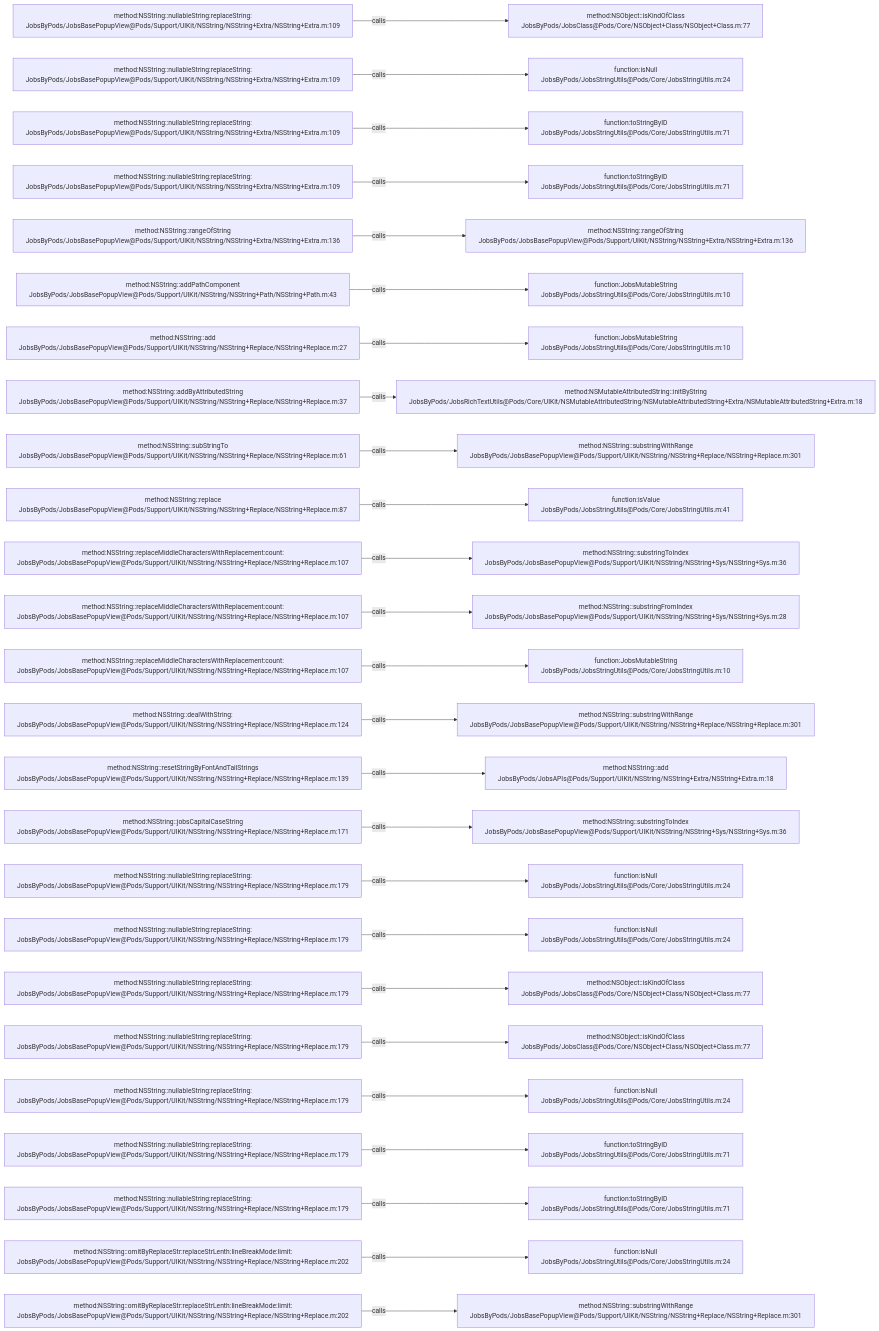
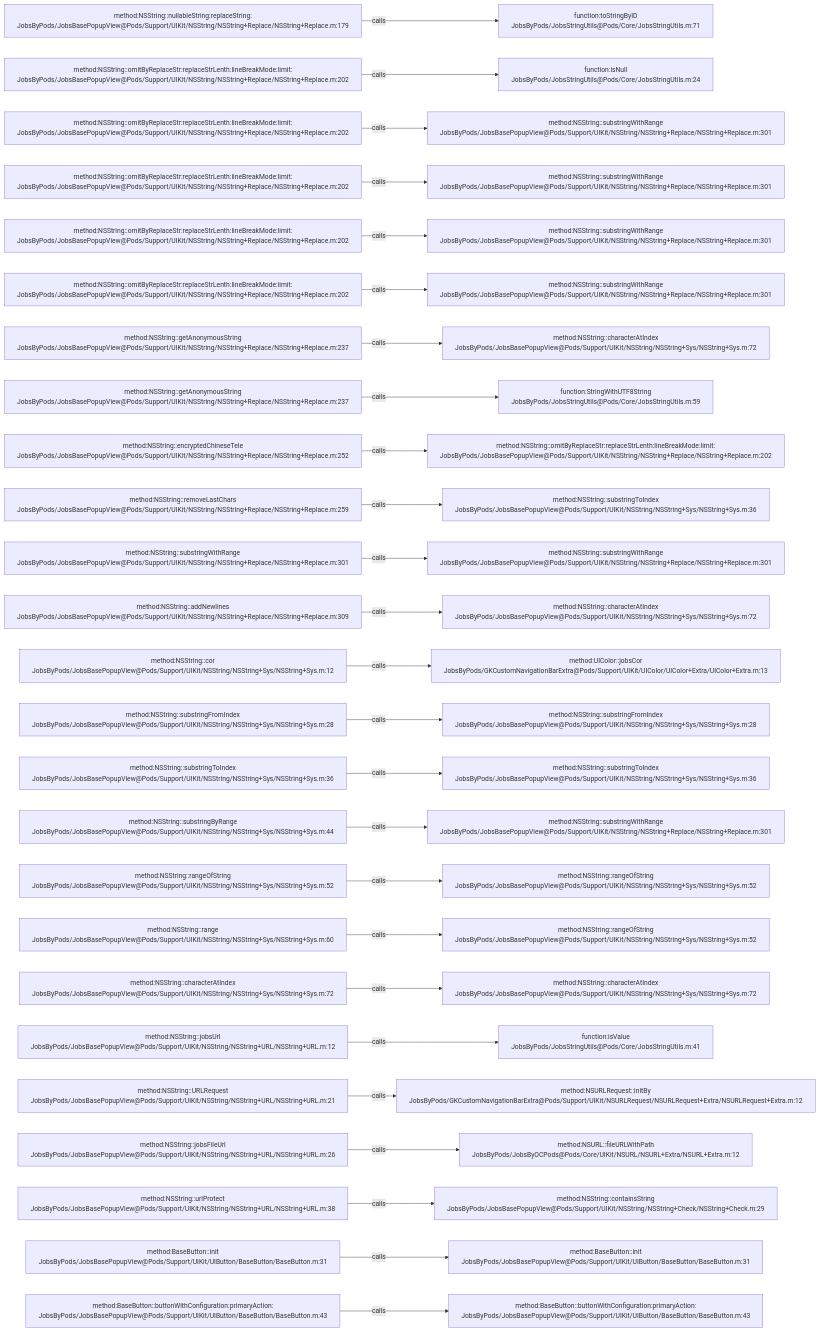
Before and after one commit to JobsKits/JobsOCBaseConfigDemo: the diagram in .codegraph/codegraph.md/graphs/calls-021.md, drawn with Mermaid. The commit also changed 639 other files, not shown here.

````diff
--- a/.codegraph/codegraph.md/graphs/calls-021.md
+++ b/.codegraph/codegraph.md/graphs/calls-021.md
@@ -13,78 +13,78 @@
 ```mermaid
 flowchart LR
-  S1["method:NSString::nullableString:replaceString:<br/>JobsByPods/JobsBasePopupView@Pods/Support/UIKit/NSString/NSString+Extra/NSString+Extra.m:109"]
-  T1["method:NSObject::isKindOfClass<br/>JobsByPods/JobsClass@Pods/Core/NSObject+Class/NSObject+Class.m:77"]
+  S1["method:NSString::nullableString:replaceString:<br/>JobsByPods/JobsBasePopupView@Pods/Support/UIKit/NSString/NSString+Replace/NSString+Replace.m:179"]
+  T1["function:toStringByID<br/>JobsByPods/JobsStringUtils@Pods/Core/JobsStringUtils.m:71"]
   S1 -->|calls| T1
-  S2["method:NSString::nullableString:replaceString:<br/>JobsByPods/JobsBasePopupView@Pods/Support/UIKit/NSString/NSString+Extra/NSString+Extra.m:109"]
+  S2["method:NSString::omitByReplaceStr:replaceStrLenth:lineBreakMode:limit:<br/>JobsByPods/JobsBasePopupView@Pods/Support/UIKit/NSString/NSString+Replace/NSString+Replace.m:202"]
   T2["function:isNull<br/>JobsByPods/JobsStringUtils@Pods/Core/JobsStringUtils.m:24"]
   S2 -->|calls| T2
-  S3["method:NSString::nullableString:replaceString:<br/>JobsByPods/JobsBasePopupView@Pods/Support/UIKit/NSString/NSString+Extra/NSString+Extra.m:109"]
-  T3["function:toStringByID<br/>JobsByPods/JobsStringUtils@Pods/Core/JobsStringUtils.m:71"]
+  S3["method:NSString::omitByReplaceStr:replaceStrLenth:lineBreakMode:limit:<br/>JobsByPods/JobsBasePopupView@Pods/Support/UIKit/NSString/NSString+Replace/NSString+Replace.m:202"]
+  T3["method:NSString::substringWithRange<br/>JobsByPods/JobsBasePopupView@Pods/Support/UIKit/NSString/NSString+Replace/NSString+Replace.m:301"]
   S3 -->|calls| T3
-  S4["method:NSString::nullableString:replaceString:<br/>JobsByPods/JobsBasePopupView@Pods/Support/UIKit/NSString/NSString+Extra/NSString+Extra.m:109"]
-  T4["function:toStringByID<br/>JobsByPods/JobsStringUtils@Pods/Core/JobsStringUtils.m:71"]
+  S4["method:NSString::omitByReplaceStr:replaceStrLenth:lineBreakMode:limit:<br/>JobsByPods/JobsBasePopupView@Pods/Support/UIKit/NSString/NSString+Replace/NSString+Replace.m:202"]
+  T4["method:NSString::substringWithRange<br/>JobsByPods/JobsBasePopupView@Pods/Support/UIKit/NSString/NSString+Replace/NSString+Replace.m:301"]
   S4 -->|calls| T4
-  S5["method:NSString::rangeOfString<br/>JobsByPods/JobsBasePopupView@Pods/Support/UIKit/NSString/NSString+Extra/NSString+Extra.m:136"]
-  T5["method:NSString::rangeOfString<br/>JobsByPods/JobsBasePopupView@Pods/Support/UIKit/NSString/NSString+Extra/NSString+Extra.m:136"]
+  S5["method:NSString::omitByReplaceStr:replaceStrLenth:lineBreakMode:limit:<br/>JobsByPods/JobsBasePopupView@Pods/Support/UIKit/NSString/NSString+Replace/NSString+Replace.m:202"]
+  T5["method:NSString::substringWithRange<br/>JobsByPods/JobsBasePopupView@Pods/Support/UIKit/NSString/NSString+Replace/NSString+Replace.m:301"]
   S5 -->|calls| T5
-  S6["method:NSString::addPathComponent<br/>JobsByPods/JobsBasePopupView@Pods/Support/UIKit/NSString/NSString+Path/NSString+Path.m:43"]
-  T6["function:JobsMutableString<br/>JobsByPods/JobsStringUtils@Pods/Core/JobsStringUtils.m:10"]
+  S6["method:NSString::omitByReplaceStr:replaceStrLenth:lineBreakMode:limit:<br/>JobsByPods/JobsBasePopupView@Pods/Support/UIKit/NSString/NSString+Replace/NSString+Replace.m:202"]
+  T6["method:NSString::substringWithRange<br/>JobsByPods/JobsBasePopupView@Pods/Support/UIKit/NSString/NSString+Replace/NSString+Replace.m:301"]
   S6 -->|calls| T6
-  S7["method:NSString::add<br/>JobsByPods/JobsBasePopupView@Pods/Support/UIKit/NSString/NSString+Replace/NSString+Replace.m:27"]
-  T7["function:JobsMutableString<br/>JobsByPods/JobsStringUtils@Pods/Core/JobsStringUtils.m:10"]
+  S7["method:NSString::getAnonymousString<br/>JobsByPods/JobsBasePopupView@Pods/Support/UIKit/NSString/NSString+Replace/NSString+Replace.m:237"]
+  T7["method:NSString::characterAtIndex<br/>JobsByPods/JobsBasePopupView@Pods/Support/UIKit/NSString/NSString+Sys/NSString+Sys.m:72"]
   S7 -->|calls| T7
-  S8["method:NSString::addByAttributedString<br/>JobsByPods/JobsBasePopupView@Pods/Support/UIKit/NSString/NSString+Replace/NSString+Replace.m:37"]
-  T8["method:NSMutableAttributedString::initByString<br/>JobsByPods/JobsRichTextUtils@Pods/Core/UIKit/NSMutableAttributedString/NSMutableAttributedString+Extra/NSMutableAttributedString+Extra.m:18"]
+  S8["method:NSString::getAnonymousString<br/>JobsByPods/JobsBasePopupView@Pods/Support/UIKit/NSString/NSString+Replace/NSString+Replace.m:237"]
+  T8["function:StringWithUTF8String<br/>JobsByPods/JobsStringUtils@Pods/Core/JobsStringUtils.m:59"]
   S8 -->|calls| T8
-  S9["method:NSString::subStringTo<br/>JobsByPods/JobsBasePopupView@Pods/Support/UIKit/NSString/NSString+Replace/NSString+Replace.m:61"]
-  T9["method:NSString::substringWithRange<br/>JobsByPods/JobsBasePopupView@Pods/Support/UIKit/NSString/NSString+Replace/NSString+Replace.m:301"]
+  S9["method:NSString::encryptedChineseTele<br/>JobsByPods/JobsBasePopupView@Pods/Support/UIKit/NSString/NSString+Replace/NSString+Replace.m:252"]
+  T9["method:NSString::omitByReplaceStr:replaceStrLenth:lineBreakMode:limit:<br/>JobsByPods/JobsBasePopupView@Pods/Support/UIKit/NSString/NSString+Replace/NSString+Replace.m:202"]
   S9 -->|calls| T9
-  S10["method:NSString::replace<br/>JobsByPods/JobsBasePopupView@Pods/Support/UIKit/NSString/NSString+Replace/NSString+Replace.m:87"]
-  T10["function:isValue<br/>JobsByPods/JobsStringUtils@Pods/Core/JobsStringUtils.m:41"]
+  S10["method:NSString::removeLastChars<br/>JobsByPods/JobsBasePopupView@Pods/Support/UIKit/NSString/NSString+Replace/NSString+Replace.m:259"]
+  T10["method:NSString::substringToIndex<br/>JobsByPods/JobsBasePopupView@Pods/Support/UIKit/NSString/NSString+Sys/NSString+Sys.m:36"]
   S10 -->|calls| T10
-  S11["method:NSString::replaceMiddleCharactersWithReplacement:count:<br/>JobsByPods/JobsBasePopupView@Pods/Support/UIKit/NSString/NSString+Replace/NSString+Replace.m:107"]
-  T11["method:NSString::substringToIndex<br/>JobsByPods/JobsBasePopupView@Pods/Support/UIKit/NSString/NSString+Sys/NSString+Sys.m:36"]
+  S11["method:NSString::substringWithRange<br/>JobsByPods/JobsBasePopupView@Pods/Support/UIKit/NSString/NSString+Replace/NSString+Replace.m:301"]
+  T11["method:NSString::substringWithRange<br/>JobsByPods/JobsBasePopupView@Pods/Support/UIKit/NSString/NSString+Replace/NSString+Replace.m:301"]
   S11 -->|calls| T11
-  S12["method:NSString::replaceMiddleCharactersWithReplacement:count:<br/>JobsByPods/JobsBasePopupView@Pods/Support/UIKit/NSString/NSString+Replace/NSString+Replace.m:107"]
-  T12["method:NSString::substringFromIndex<br/>JobsByPods/JobsBasePopupView@Pods/Support/UIKit/NSString/NSString+Sys/NSString+Sys.m:28"]
+  S12["method:NSString::addNewlines<br/>JobsByPods/JobsBasePopupView@Pods/Support/UIKit/NSString/NSString+Replace/NSString+Replace.m:309"]
+  T12["method:NSString::characterAtIndex<br/>JobsByPods/JobsBasePopupView@Pods/Support/UIKit/NSString/NSString+Sys/NSString+Sys.m:72"]
   S12 -->|calls| T12
-  S13["method:NSString::replaceMiddleCharactersWithReplacement:count:<br/>JobsByPods/JobsBasePopupView@Pods/Support/UIKit/NSString/NSString+Replace/NSString+Replace.m:107"]
-  T13["function:JobsMutableString<br/>JobsByPods/JobsStringUtils@Pods/Core/JobsStringUtils.m:10"]
+  S13["method:NSString::cor<br/>JobsByPods/JobsBasePopupView@Pods/Support/UIKit/NSString/NSString+Sys/NSString+Sys.m:12"]
+  T13["method:UIColor::jobsCor<br/>JobsByPods/GKCustomNavigationBarExtra@Pods/Support/UIKit/UIColor/UIColor+Extra/UIColor+Extra.m:13"]
   S13 -->|calls| T13
-  S14["method:NSString::dealWithString:<br/>JobsByPods/JobsBasePopupView@Pods/Support/UIKit/NSString/NSString+Replace/NSString+Replace.m:124"]
-  T14["method:NSString::substringWithRange<br/>JobsByPods/JobsBasePopupView@Pods/Support/UIKit/NSString/NSString+Replace/NSString+Replace.m:301"]
+  S14["method:NSString::substringFromIndex<br/>JobsByPods/JobsBasePopupView@Pods/Support/UIKit/NSString/NSString+Sys/NSString+Sys.m:28"]
+  T14["method:NSString::substringFromIndex<br/>JobsByPods/JobsBasePopupView@Pods/Support/UIKit/NSString/NSString+Sys/NSString+Sys.m:28"]
   S14 -->|calls| T14
-  S15["method:NSString::resetStringByFontAndTailStrings<br/>JobsByPods/JobsBasePopupView@Pods/Support/UIKit/NSString/NSString+Replace/NSString+Replace.m:139"]
-  T15["method:NSString::add<br/>JobsByPods/JobsAPIs@Pods/Support/UIKit/NSString/NSString+Extra/NSString+Extra.m:18"]
+  S15["method:NSString::substringToIndex<br/>JobsByPods/JobsBasePopupView@Pods/Support/UIKit/NSString/NSString+Sys/NSString+Sys.m:36"]
+  T15["method:NSString::substringToIndex<br/>JobsByPods/JobsBasePopupView@Pods/Support/UIKit/NSString/NSString+Sys/NSString+Sys.m:36"]
   S15 -->|calls| T15
-  S16["method:NSString::jobsCapitalCaseString<br/>JobsByPods/JobsBasePopupView@Pods/Support/UIKit/NSString/NSString+Replace/NSString+Replace.m:171"]
-  T16["method:NSString::substringToIndex<br/>JobsByPods/JobsBasePopupView@Pods/Support/UIKit/NSString/NSString+Sys/NSString+Sys.m:36"]
+  S16["method:NSString::substringByRange<br/>JobsByPods/JobsBasePopupView@Pods/Support/UIKit/NSString/NSString+Sys/NSString+Sys.m:44"]
+  T16["method:NSString::substringWithRange<br/>JobsByPods/JobsBasePopupView@Pods/Support/UIKit/NSString/NSString+Replace/NSString+Replace.m:301"]
   S16 -->|calls| T16
-  S17["method:NSString::nullableString:replaceString:<br/>JobsByPods/JobsBasePopupView@Pods/Support/UIKit/NSString/NSString+Replace/NSString+Replace.m:179"]
-  T17["function:isNull<br/>JobsByPods/JobsStringUtils@Pods/Core/JobsStringUtils.m:24"]
+  S17["method:NSString::rangeOfString<br/>JobsByPods/JobsBasePopupView@Pods/Support/UIKit/NSString/NSString+Sys/NSString+Sys.m:52"]
+  T17["method:NSString::rangeOfString<br/>JobsByPods/JobsBasePopupView@Pods/Support/UIKit/NSString/NSString+Sys/NSString+Sys.m:52"]
   S17 -->|calls| T17
-  S18["method:NSString::nullableString:replaceString:<br/>JobsByPods/JobsBasePopupView@Pods/Support/UIKit/NSString/NSString+Replace/NSString+Replace.m:179"]
-  T18["function:isNull<br/>JobsByPods/JobsStringUtils@Pods/Core/JobsStringUtils.m:24"]
+  S18["method:NSString::range<br/>JobsByPods/JobsBasePopupView@Pods/Support/UIKit/NSString/NSString+Sys/NSString+Sys.m:60"]
+  T18["method:NSString::rangeOfString<br/>JobsByPods/JobsBasePopupView@Pods/Support/UIKit/NSString/NSString+Sys/NSString+Sys.m:52"]
   S18 -->|calls| T18
-  S19["method:NSString::nullableString:replaceString:<br/>JobsByPods/JobsBasePopupView@Pods/Support/UIKit/NSString/NSString+Replace/NSString+Replace.m:179"]
-  T19["method:NSObject::isKindOfClass<br/>JobsByPods/JobsClass@Pods/Core/NSObject+Class/NSObject+Class.m:77"]
+  S19["method:NSString::characterAtIndex<br/>JobsByPods/JobsBasePopupView@Pods/Support/UIKit/NSString/NSString+Sys/NSString+Sys.m:72"]
+  T19["method:NSString::characterAtIndex<br/>JobsByPods/JobsBasePopupView@Pods/Support/UIKit/NSString/NSString+Sys/NSString+Sys.m:72"]
   S19 -->|calls| T19
-  S20["method:NSString::nullableString:replaceString:<br/>JobsByPods/JobsBasePopupView@Pods/Support/UIKit/NSString/NSString+Replace/NSString+Replace.m:179"]
-  T20["method:NSObject::isKindOfClass<br/>JobsByPods/JobsClass@Pods/Core/NSObject+Class/NSObject+Class.m:77"]
+  S20["method:NSString::jobsUrl<br/>JobsByPods/JobsBasePopupView@Pods/Support/UIKit/NSString/NSString+URL/NSString+URL.m:12"]
+  T20["function:isValue<br/>JobsByPods/JobsStringUtils@Pods/Core/JobsStringUtils.m:41"]
   S20 -->|calls| T20
-  S21["method:NSString::nullableString:replaceString:<br/>JobsByPods/JobsBasePopupView@Pods/Support/UIKit/NSString/NSString+Replace/NSString+Replace.m:179"]
-  T21["function:isNull<br/>JobsByPods/JobsStringUtils@Pods/Core/JobsStringUtils.m:24"]
+  S21["method:NSString::URLRequest<br/>JobsByPods/JobsBasePopupView@Pods/Support/UIKit/NSString/NSString+URL/NSString+URL.m:21"]
+  T21["method:NSURLRequest::initBy<br/>JobsByPods/GKCustomNavigationBarExtra@Pods/Support/UIKit/NSURLRequest/NSURLRequest+Extra/NSURLRequest+Extra.m:12"]
   S21 -->|calls| T21
-  S22["method:NSString::nullableString:replaceString:<br/>JobsByPods/JobsBasePopupView@Pods/Support/UIKit/NSString/NSString+Replace/NSString+Replace.m:179"]
-  T22["function:toStringByID<br/>JobsByPods/JobsStringUtils@Pods/Core/JobsStringUtils.m:71"]
+  S22["method:NSString::jobsFileUrl<br/>JobsByPods/JobsBasePopupView@Pods/Support/UIKit/NSString/NSString+URL/NSString+URL.m:26"]
+  T22["method:NSURL::fileURLWithPath<br/>JobsByPods/JobsByOCPods@Pods/Core/UIKit/NSURL/NSURL+Extra/NSURL+Extra.m:12"]
   S22 -->|calls| T22
-  S23["method:NSString::nullableString:replaceString:<br/>JobsByPods/JobsBasePopupView@Pods/Support/UIKit/NSString/NSString+Replace/NSString+Replace.m:179"]
-  T23["function:toStringByID<br/>JobsByPods/JobsStringUtils@Pods/Core/JobsStringUtils.m:71"]
+  S23["method:NSString::urlProtect<br/>JobsByPods/JobsBasePopupView@Pods/Support/UIKit/NSString/NSString+URL/NSString+URL.m:38"]
+  T23["method:NSString::containsString<br/>JobsByPods/JobsBasePopupView@Pods/Support/UIKit/NSString/NSString+Check/NSString+Check.m:29"]
   S23 -->|calls| T23
-  S24["method:NSString::omitByReplaceStr:replaceStrLenth:lineBreakMode:limit:<br/>JobsByPods/JobsBasePopupView@Pods/Support/UIKit/NSString/NSString+Replace/NSString+Replace.m:202"]
-  T24["function:isNull<br/>JobsByPods/JobsStringUtils@Pods/Core/JobsStringUtils.m:24"]
+  S24["method:BaseButton::init<br/>JobsByPods/JobsBasePopupView@Pods/Support/UIKit/UIButton/BaseButton/BaseButton.m:31"]
+  T24["method:BaseButton::init<br/>JobsByPods/JobsBasePopupView@Pods/Support/UIKit/UIButton/BaseButton/BaseButton.m:31"]
   S24 -->|calls| T24
-  S25["method:NSString::omitByReplaceStr:replaceStrLenth:lineBreakMode:limit:<br/>JobsByPods/JobsBasePopupView@Pods/Support/UIKit/NSString/NSString+Replace/NSString+Replace.m:202"]
-  T25["method:NSString::substringWithRange<br/>JobsByPods/JobsBasePopupView@Pods/Support/UIKit/NSString/NSString+Replace/NSString+Replace.m:301"]
+  S25["method:BaseButton::buttonWithConfiguration:primaryAction:<br/>JobsByPods/JobsBasePopupView@Pods/Support/UIKit/UIButton/BaseButton/BaseButton.m:43"]
+  T25["method:BaseButton::buttonWithConfiguration:primaryAction:<br/>JobsByPods/JobsBasePopupView@Pods/Support/UIKit/UIButton/BaseButton/BaseButton.m:43"]
   S25 -->|calls| T25
 ```
````
